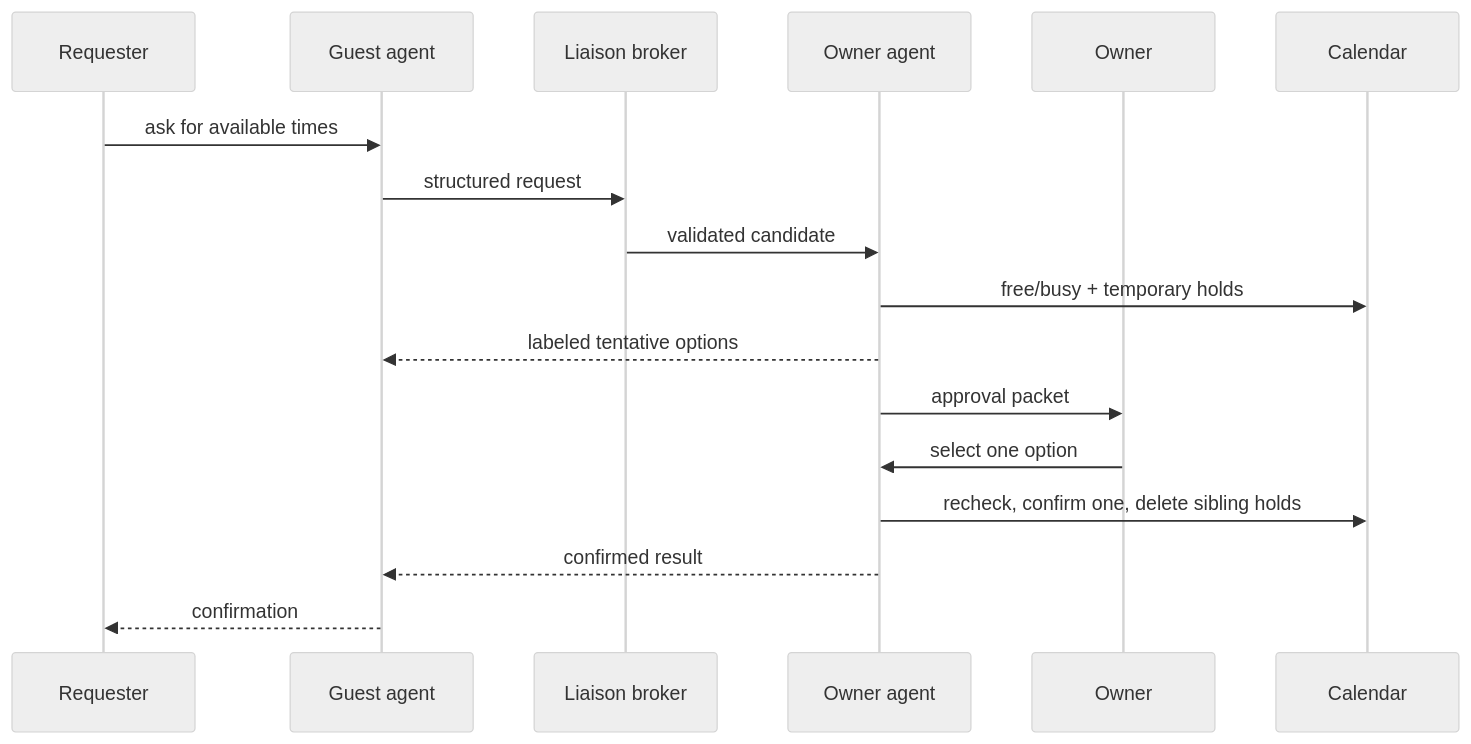
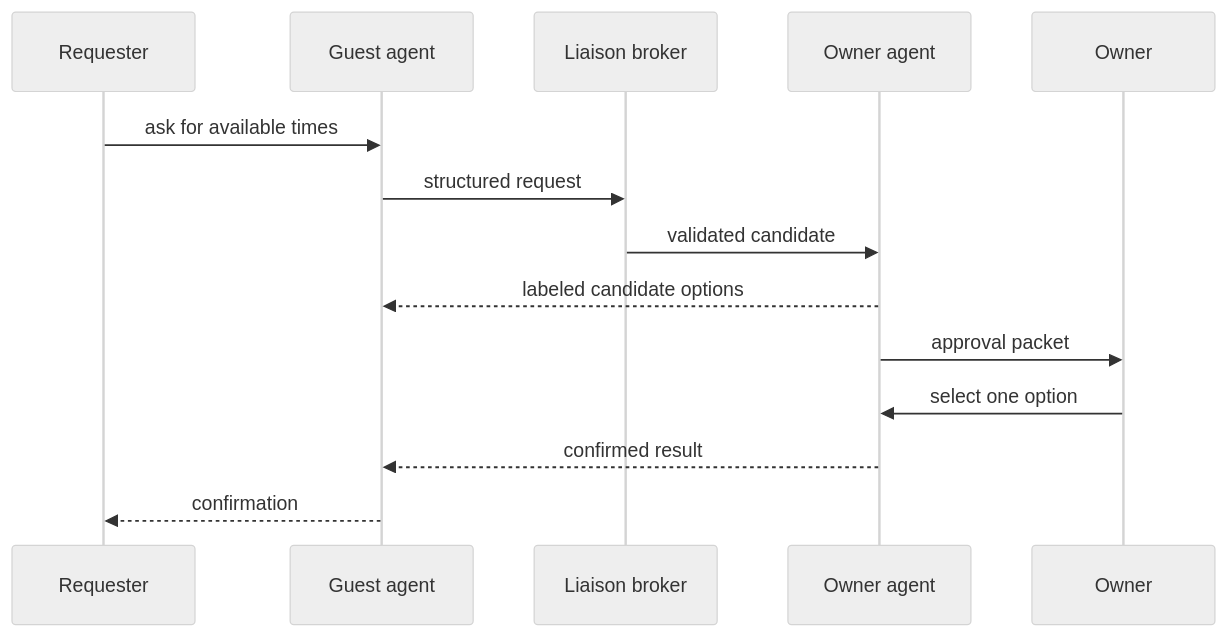
Before and after one commit to simon5530/agent-liaison: the second of 2 diagrams in docs/ARCHITECTURE.md, drawn with Mermaid (neutral theme). The commit also changed other lines of this file and 13 other files, not shown here.

````diff
--- a/docs/ARCHITECTURE.md
+++ b/docs/ARCHITECTURE.md
@@ -92,20 +92,17 @@
 ```mermaid
 sequenceDiagram
     participant R as Requester
     participant G as Guest agent
     participant B as Liaison broker
     participant M as Owner agent
     participant O as Owner
-    participant C as Calendar
 
     R->>G: ask for available times
     G->>B: structured request
     B->>M: validated candidate
-    M->>C: free/busy + temporary holds
-    M-->>G: labeled tentative options
+    M-->>G: labeled candidate options
     M->>O: approval packet
     O->>M: select one option
-    M->>C: recheck, confirm one, delete sibling holds
     M-->>G: confirmed result
     G-->>R: confirmation
 ```
````
